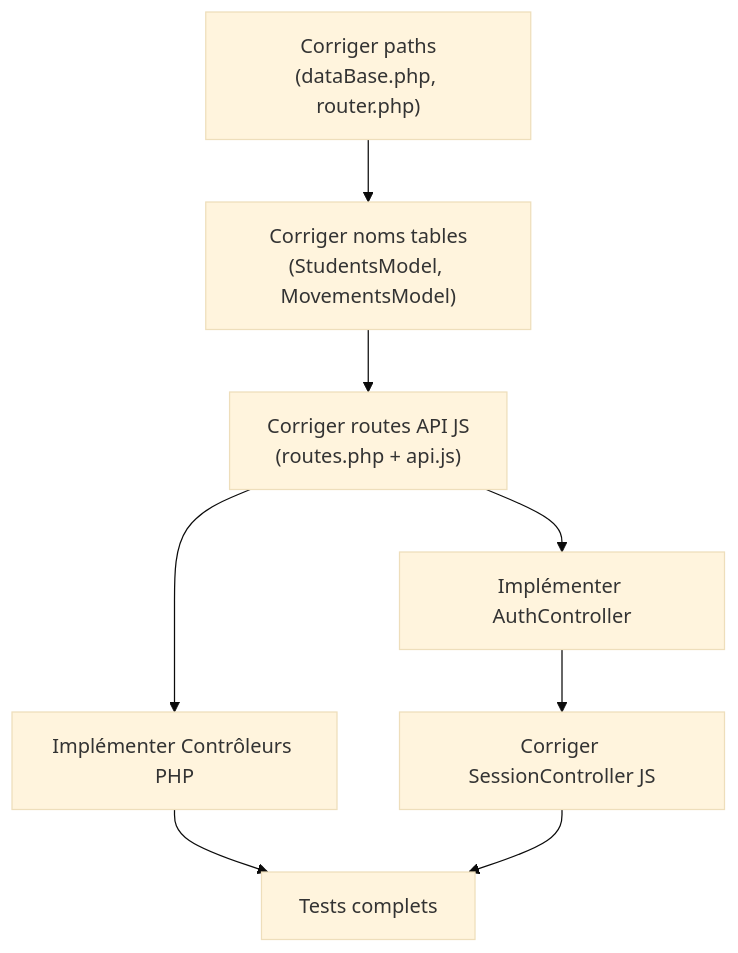
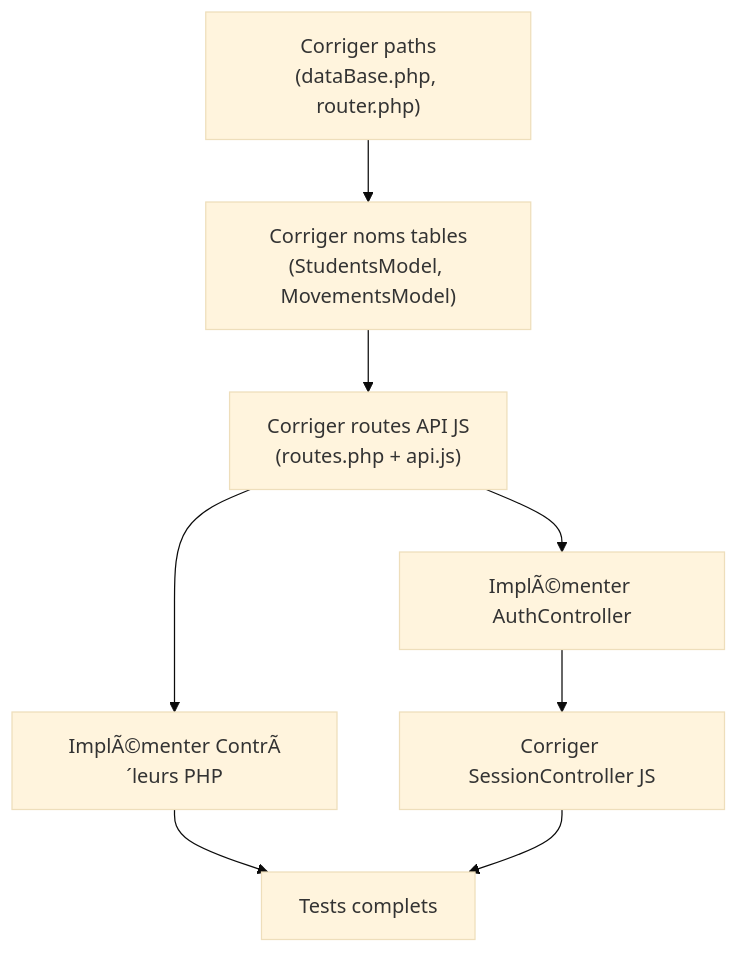
One commit to Blackfist001/Code changed the diagram in RESUME_ACTIONS.md. Above: the diagram before and after it, drawn with Mermaid (base theme). The commit also changed other lines of this file and 139 other files, not shown here.

````diff
--- a/RESUME_ACTIONS.md
+++ b/RESUME_ACTIONS.md
@@ -224,18 +224,18 @@
 ```mermaid
 graph TD
     A["Corriger paths<br/>(dataBase.php, router.php)"]
     B["Corriger noms tables<br/>(StudentsModel, MovementsModel)"]
     C["Corriger routes API JS<br/>(routes.php + api.js)"]
-    D["Implémenter Contrôleurs PHP"]
-    E["Implémenter AuthController"]
+    D["ImplÃ©menter ContrÃ´leurs PHP"]
+    E["ImplÃ©menter AuthController"]
     F["Corriger SessionController JS"]
     G["Tests complets"]
     
     A --> B
     B --> C
     C --> D
     C --> E
     D --> G
     E --> F
     F --> G
 ```
````
